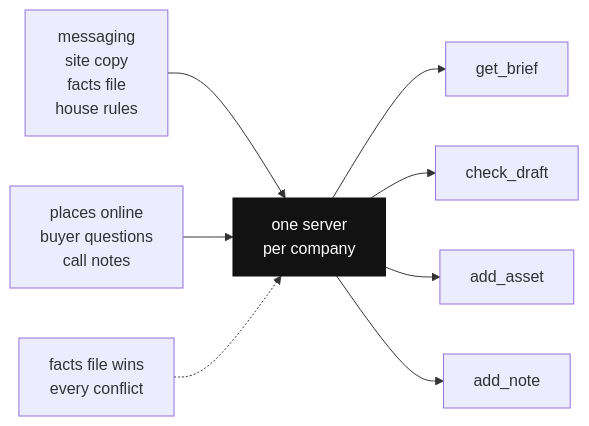
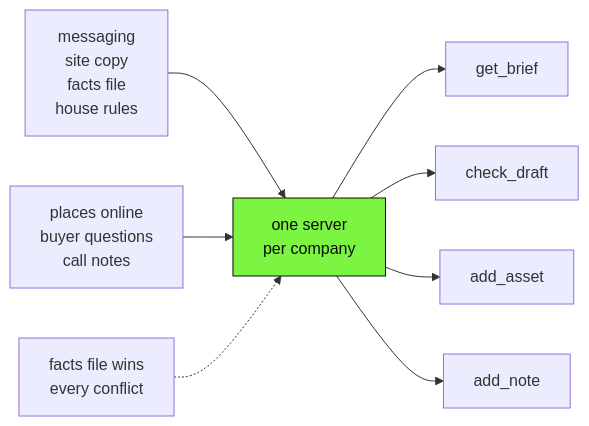
The diagram in operate/client-facts-mcp/figures/one-server.mmd (shashank-sn/workflows), drawn with Mermaid before and after one commit. The commit also changed 63 other files, not shown here.

```diff
--- a/operate/client-facts-mcp/figures/one-server.mmd
+++ b/operate/client-facts-mcp/figures/one-server.mmd
@@ -1,11 +1,11 @@
 %% one server per company holds seven kinds of knowledge, and writers reach it through four calls
 flowchart LR
   K["messaging<br/>site copy<br/>facts file<br/>house rules"] --> S["one server<br/>per company"]
   L["places online<br/>buyer questions<br/>call notes"] --> S
   S --> G["get_brief"]
   S --> C["check_draft"]
   S --> A["add_asset"]
   S --> N["add_note"]
   F["facts file wins<br/>every conflict"] -.-> S
-  classDef ink fill:#121212,color:#ffffff,stroke:#121212
-  class S ink
+  classDef key fill:#7cf542,color:#0a0a0a,stroke:#0a0a0a
+  class S key
```
